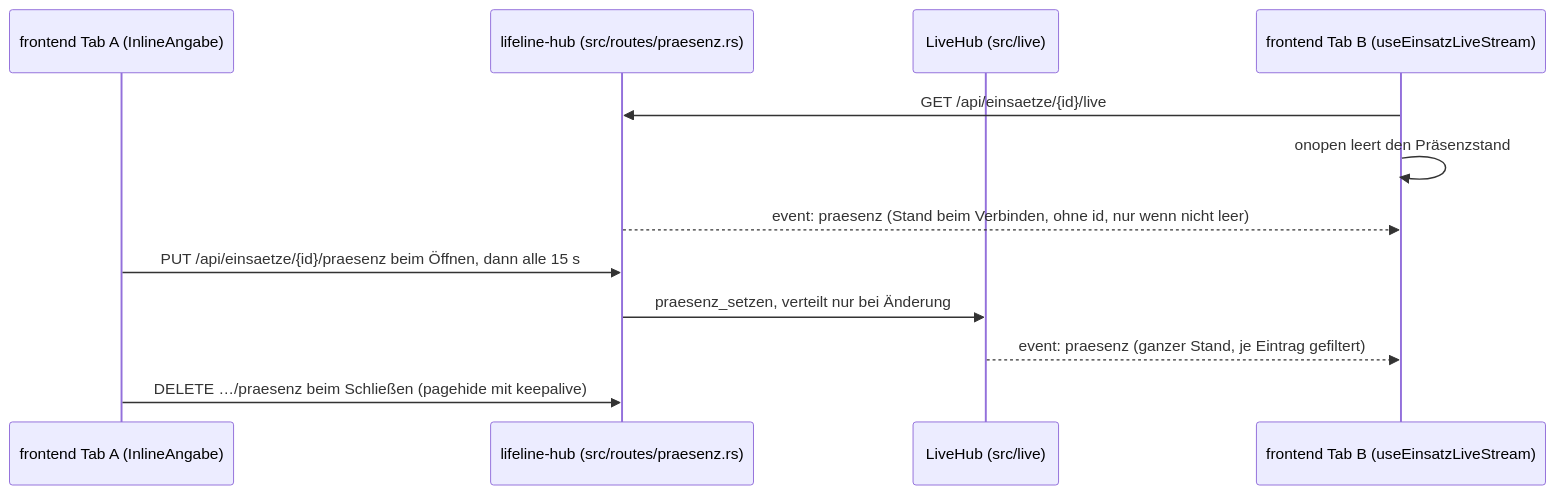
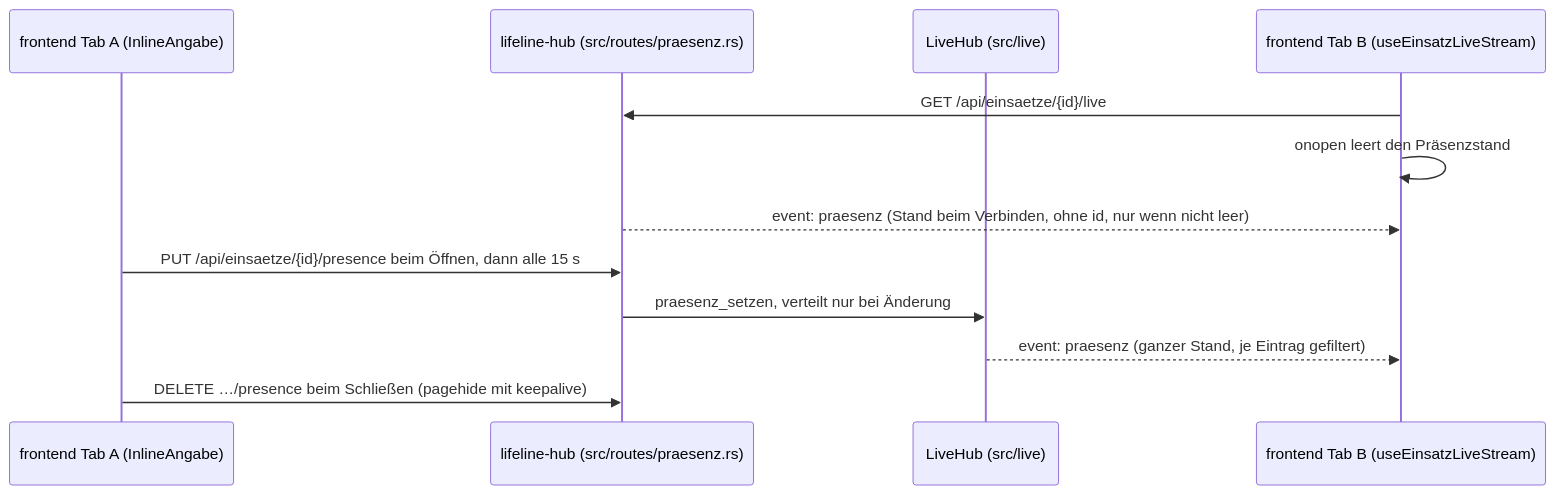
Before and after one commit to rubenvitt/lifeline-hub: the fourth of 19 diagrams in docs/architektur/06-laufzeitsicht.md, drawn with Mermaid. The commit also changed 312 other files, not shown here.

````diff
--- a/docs/architektur/06-laufzeitsicht.md
+++ b/docs/architektur/06-laufzeitsicht.md
@@ -147,14 +147,14 @@
 ```mermaid
 sequenceDiagram
   participant A as frontend Tab A (InlineAngabe)
   participant BE as lifeline-hub (src/routes/praesenz.rs)
   participant Hub as LiveHub (src/live)
   participant B as frontend Tab B (useEinsatzLiveStream)
   B->>BE: GET /api/einsaetze/{id}/live
   B->>B: onopen leert den Präsenzstand
   BE-->>B: event: praesenz (Stand beim Verbinden, ohne id, nur wenn nicht leer)
-  A->>BE: PUT /api/einsaetze/{id}/praesenz beim Öffnen, dann alle 15 s
+  A->>BE: PUT /api/einsaetze/{id}/presence beim Öffnen, dann alle 15 s
   BE->>Hub: praesenz_setzen, verteilt nur bei Änderung
   Hub-->>B: event: praesenz (ganzer Stand, je Eintrag gefiltert)
-  A->>BE: DELETE …/praesenz beim Schließen (pagehide mit keepalive)
+  A->>BE: DELETE …/presence beim Schließen (pagehide mit keepalive)
 ```
````
